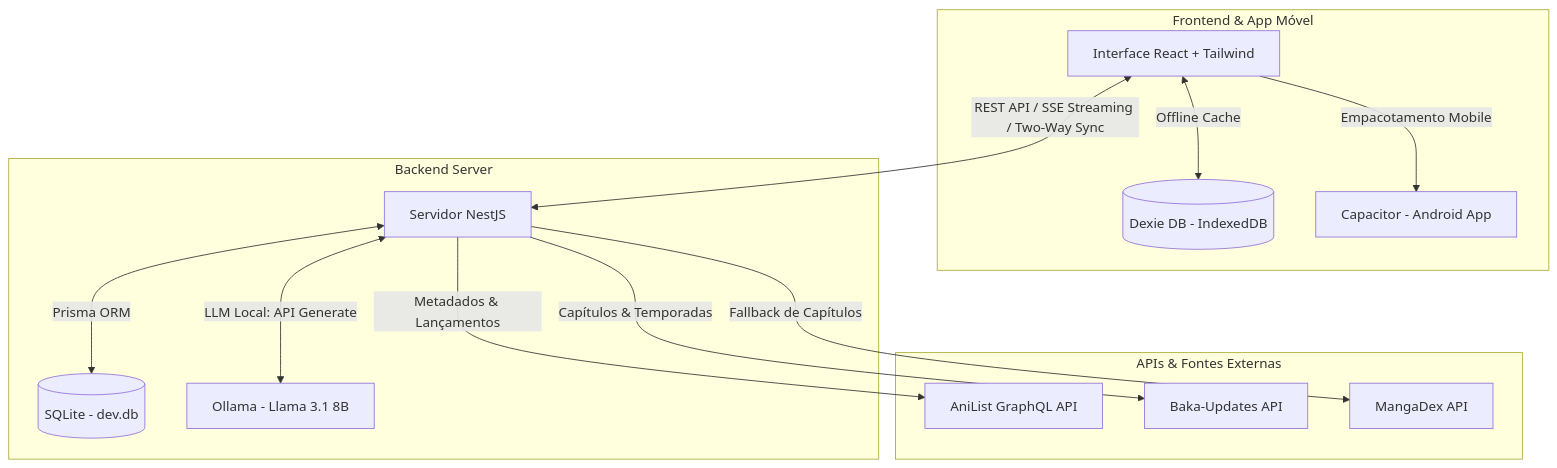
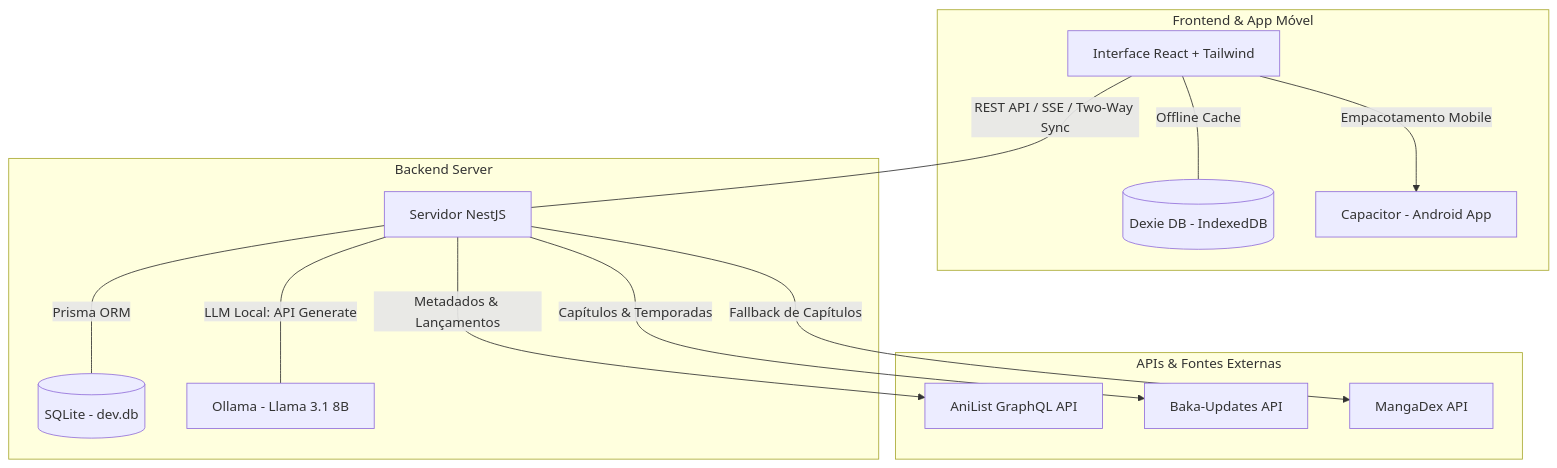
The first of 2 diagrams in README.md (Braz55/Otaku-Time-v2), drawn with Mermaid before and after one commit. The commit also changed other lines of this file, not shown here.

Commit message:
read me corrigido

````diff
--- a/README.md
+++ b/README.md
@@ -47,23 +47,23 @@
 ```mermaid
-graph TD
-    subgraph Cliente [Frontend & App Móvel]
-        A[Interface React + Tailwind] <-->|Offline Cache| B[(Dexie DB - IndexedDB)]
-        A -->|Empacotamento Mobile| C[Capacitor - Android App]
+flowchart TD
+    subgraph Cliente ["Frontend & App Móvel"]
+        A["Interface React + Tailwind"] ---|"Offline Cache"| B[(Dexie DB - IndexedDB)]
+        A -->|"Empacotamento Mobile"| C["Capacitor - Android App"]
     end
     
-    subgraph Servidor [Backend Server]
-        D[Servidor NestJS] <-->|Prisma ORM| E[(SQLite - dev.db)]
-        D <-->|LLM Local: API Generate| F[Ollama - Llama 3.1 8B]
+    subgraph Servidor ["Backend Server"]
+        D["Servidor NestJS"] ---|"Prisma ORM"| E[(SQLite - dev.db)]
+        D ---|"LLM Local: API Generate"| F["Ollama - Llama 3.1 8B"]
     end
 
-    subgraph APIs [APIs & Fontes Externas]
-        G[AniList GraphQL API]
-        H[Baka-Updates API]
-        I[MangaDex API]
+    subgraph APIs ["APIs & Fontes Externas"]
+        G["AniList GraphQL API"]
+        H["Baka-Updates API"]
+        I["MangaDex API"]
     end
 
-    A <-->|REST API / SSE Streaming / Two-Way Sync| D
-    D -->|Metadados & Lançamentos| G
-    D -->|Capítulos & Temporadas| H
-    D -->|Fallback de Capítulos| I
+    A ---|"REST API / SSE / Two-Way Sync"| D
+    D -->|"Metadados & Lançamentos"| G
+    D -->|"Capítulos & Temporadas"| H
+    D -->|"Fallback de Capítulos"| I
 ```
````
